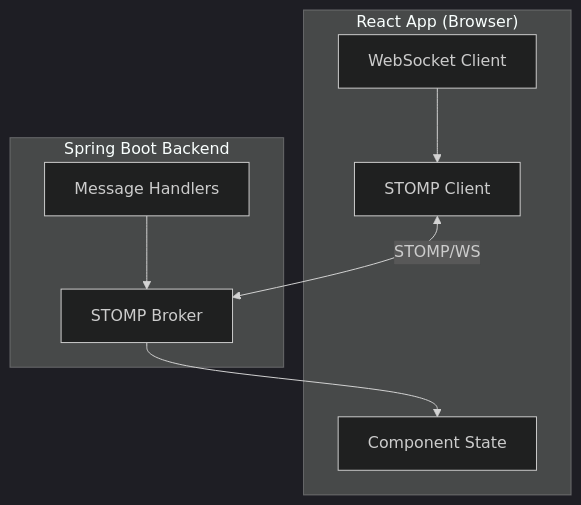
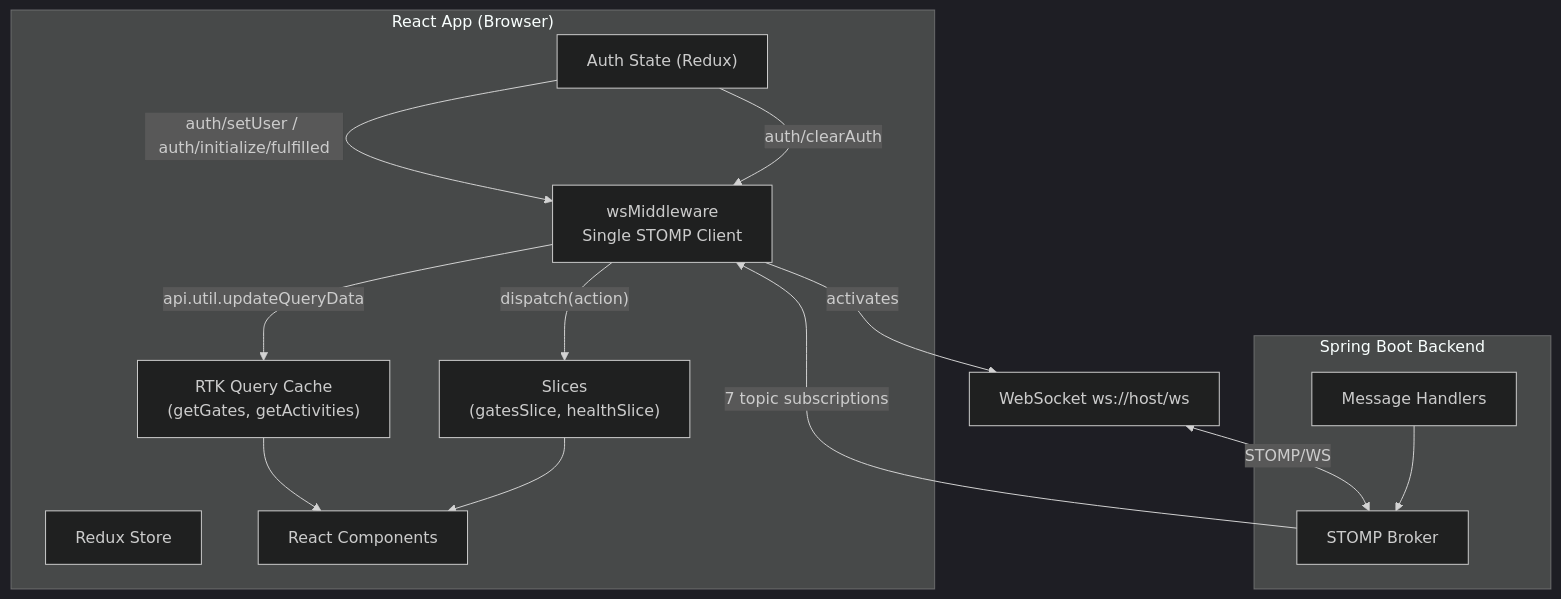
One commit to smartuni/riot-po-2026 changed the diagram in server/frontend/docs/real-time.md. Above: the diagram before and after it, drawn with Mermaid (dark theme). The commit also changed other lines of this file and 1 other file, not shown here.

````diff
--- a/server/frontend/docs/real-time.md
+++ b/server/frontend/docs/real-time.md
@@ -7,18 +9,27 @@
 ```mermaid
 flowchart TB
     subgraph Browser["React App (Browser)"]
-        WebSocket[WebSocket Client]
-        STOMP[STOMP Client]
-        Component[Component State]
+        Auth["Auth State (Redux)"]
+        MW["wsMiddleware<br/>Single STOMP Client"]
+        Store["Redux Store"]
+        RTK["RTK Query Cache<br/>(getGates, getActivities)"]
+        Slices["Slices<br/>(gatesSlice, healthSlice)"]
+        UI["React Components"]
     end
-    
+
     subgraph Server["Spring Boot Backend"]
         Broker["STOMP Broker"]
-        Handlers[Message Handlers]
+        Handlers["Message Handlers"]
     end
-    
-    WebSocket --> STOMP
-    STOMP <-->|"STOMP/WS"| Broker
+
+    Auth -->|"auth/setUser / auth/initialize/fulfilled"| MW
+    Auth -->|"auth/clearAuth"| MW
+    MW -->|"activates"| WS["WebSocket ws://host/ws"]
+    WS <-->|"STOMP/WS"| Broker
     Handlers --> Broker
-    Broker --> Component
+    Broker -->|"7 topic subscriptions"| MW
+    MW -->|"api.util.updateQueryData"| RTK
+    MW -->|"dispatch(action)"| Slices
+    RTK --> UI
+    Slices --> UI
 ```
````
